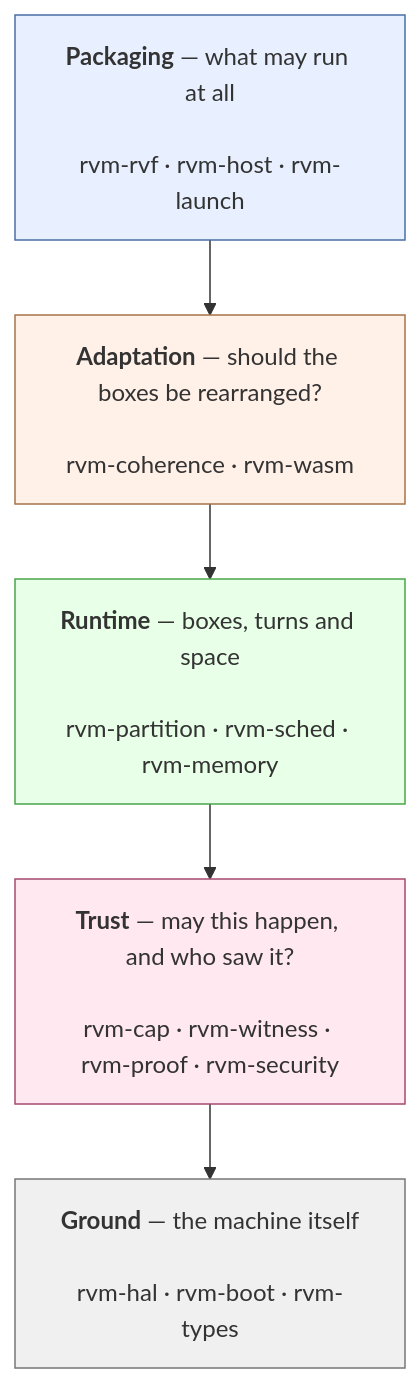
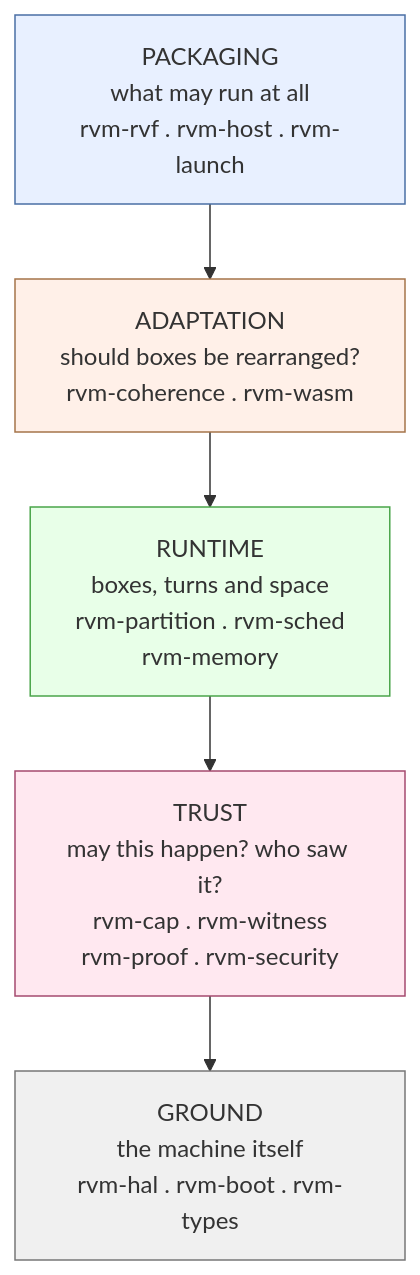
The first of 9 diagrams in README.md (mondweep/vibe-cast), drawn with Mermaid before and after one commit. The commit also changed other lines of this file, not shown here.

First line of the commit message:
Fix unreadable mermaid diagrams on GitHub

````diff
--- a/README.md
+++ b/README.md
@@ -107,14 +119,14 @@
 ```mermaid
 flowchart TB
-    L4["<b>Packaging</b> — what may run at all<br/><br/>rvm-rvf · rvm-host · rvm-launch"]
-    L3["<b>Adaptation</b> — should the boxes be rearranged?<br/><br/>rvm-coherence · rvm-wasm"]
-    L2["<b>Runtime</b> — boxes, turns and space<br/><br/>rvm-partition · rvm-sched · rvm-memory"]
-    L1["<b>Trust</b> — may this happen, and who saw it?<br/><br/>rvm-cap · rvm-witness · rvm-proof · rvm-security"]
-    L0["<b>Ground</b> — the machine itself<br/><br/>rvm-hal · rvm-boot · rvm-types"]
+    L4["PACKAGING<br/>what may run at all<br/>rvm-rvf . rvm-host . rvm-launch"]
+    L3["ADAPTATION<br/>should boxes be rearranged?<br/>rvm-coherence . rvm-wasm"]
+    L2["RUNTIME<br/>boxes, turns and space<br/>rvm-partition . rvm-sched<br/>rvm-memory"]
+    L1["TRUST<br/>may this happen? who saw it?<br/>rvm-cap . rvm-witness<br/>rvm-proof . rvm-security"]
+    L0["GROUND<br/>the machine itself<br/>rvm-hal . rvm-boot . rvm-types"]
     L4 --> L3 --> L2 --> L1 --> L0
     style L4 fill:#e8f0ff,stroke:#4a6fa5
     style L3 fill:#fff0e8,stroke:#a5744a
     style L2 fill:#e8ffe8,stroke:#4aa54a
     style L1 fill:#ffe8f0,stroke:#a54a6f
     style L0 fill:#f0f0f0,stroke:#777
 ```
````
